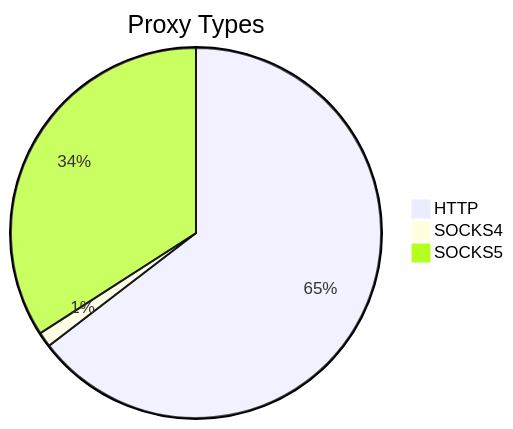
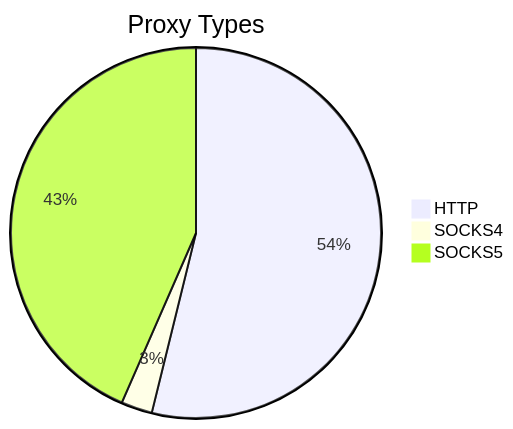
Before and after one commit to stormsia/proxy-list: the first of 2 diagrams in README.md, drawn with Mermaid. The commit also changed other lines of this file, not shown here.

````diff
--- a/README.md
+++ b/README.md
@@ -21,6 +21,6 @@
 ```mermaid
 pie title Proxy Types
-    "HTTP" : 1375
-    "SOCKS4" : 28
-    "SOCKS5" : 726
+    "HTTP" : 1703
+    "SOCKS4" : 86
+    "SOCKS5" : 1374
 ```
````
